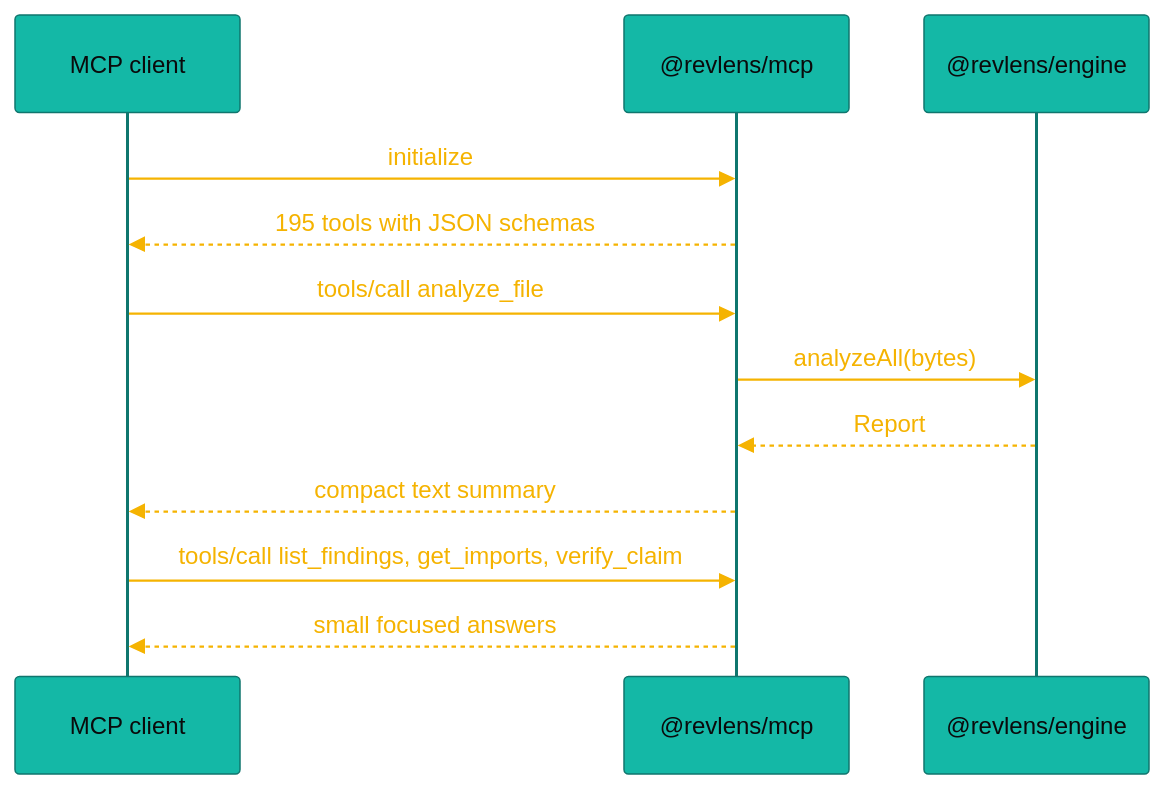
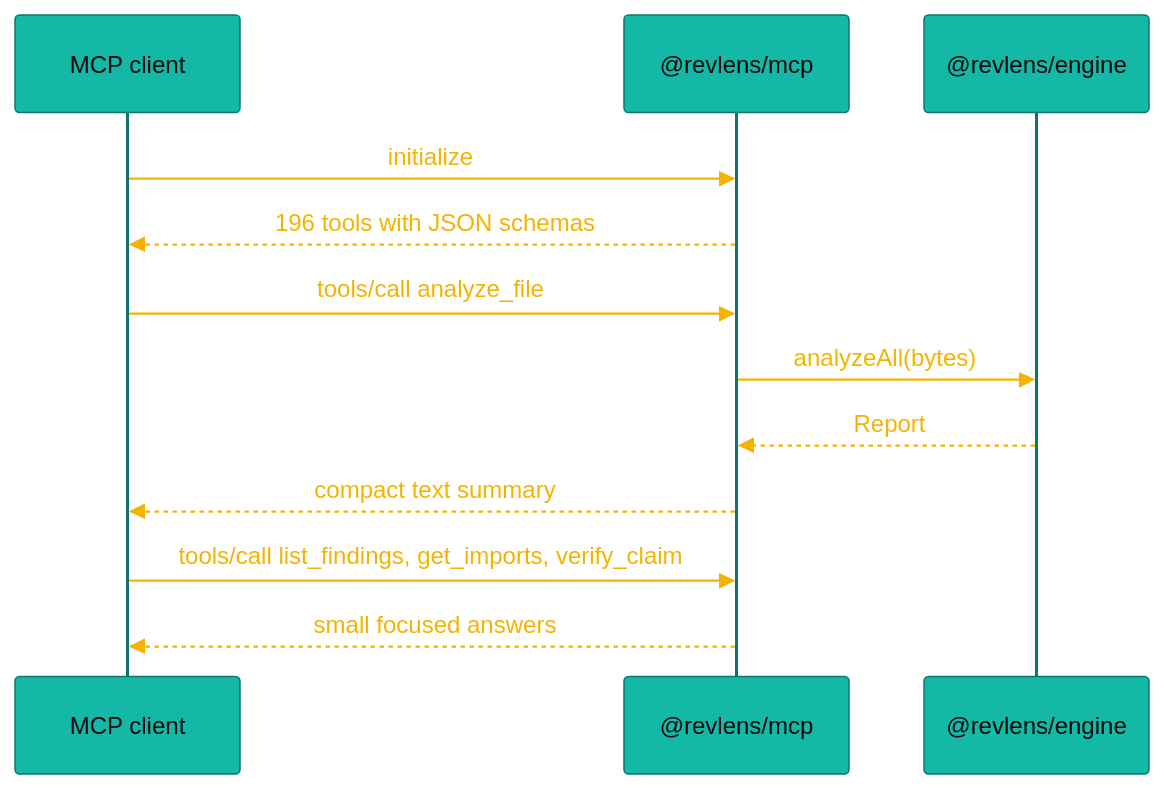
One commit to aniruddhaadak80/re changed the third of 3 diagrams in docs/architecture.md. Above: the diagram before and after it, drawn with Mermaid. The commit also changed other lines of this file and 7 other files, not shown here.

````diff
--- a/docs/architecture.md
+++ b/docs/architecture.md
@@ -147,15 +147,15 @@
 ```mermaid
 %%{init: {"theme": "base", "themeVariables": {"primaryColor": "#14B8A6", "primaryTextColor": "#0A0A0B", "primaryBorderColor": "#0F766E", "lineColor": "#F5B301", "actorBkg": "#14B8A6", "actorTextColor": "#0A0A0B", "signalColor": "#F5B301", "signalTextColor": "#F5B301", "noteBkgColor": "#FFD166", "noteTextColor": "#0A0A0B"}}}%%
 sequenceDiagram
   participant C as MCP client
   participant S as @revlens/mcp
   participant K as @revlens/engine
   C->>S: initialize
-  S-->>C: 195 tools with JSON schemas
+  S-->>C: 196 tools with JSON schemas
   C->>S: tools/call analyze_file
   S->>K: analyzeAll(bytes)
   K-->>S: Report
   S-->>C: compact text summary
   C->>S: tools/call list_findings, get_imports, verify_claim
   S-->>C: small focused answers
 ```
````
